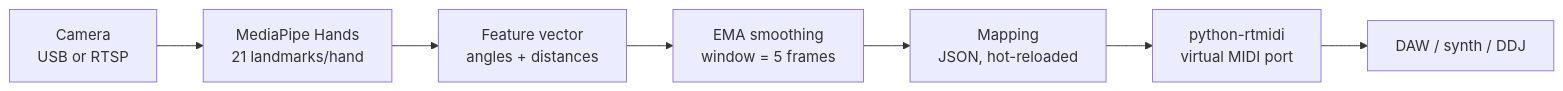
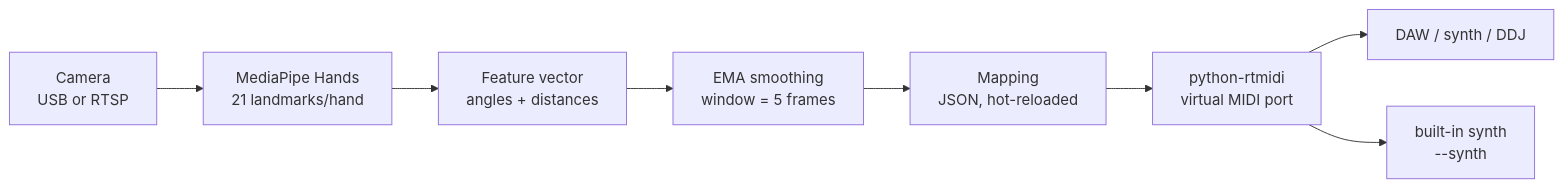
The diagram in README.md (nariman7596/Musical-Instrument-Gesture-Controller), drawn with Mermaid before and after one commit. The commit also changed other lines of this file and 4 other files, not shown here.

First line of the commit message:
Add a built-in monitor synth so the controller makes sound alone

````diff
--- a/README.md
+++ b/README.md
@@ -22,9 +22,10 @@
 ```mermaid
 flowchart LR
     A[Camera<br/>USB or RTSP] --> B[MediaPipe Hands<br/>21 landmarks/hand]
     B --> C[Feature vector<br/>angles + distances]
     C --> D[EMA smoothing<br/>window = 5 frames]
     D --> E[Mapping<br/>JSON, hot-reloaded]
     E --> F[python-rtmidi<br/>virtual MIDI port]
     F --> G[DAW / synth / DDJ]
+    F --> H[built-in synth<br/>--synth]
 ```
````
